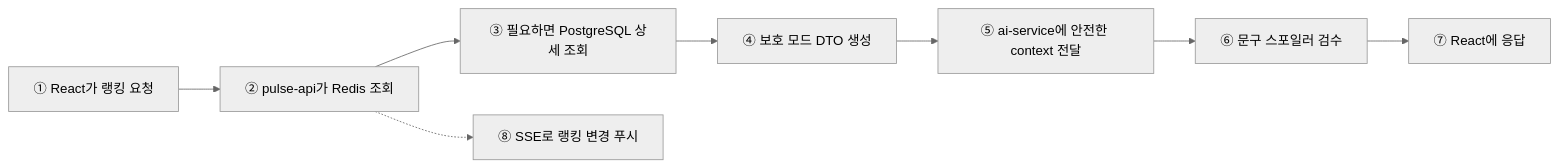
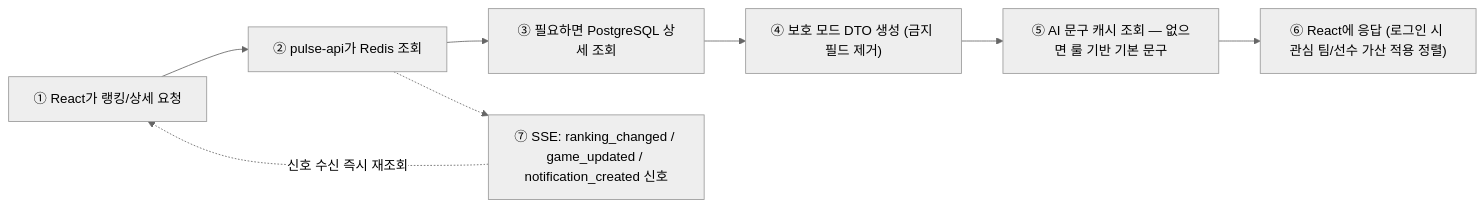
One commit to team-pulse-mlb/pulse-project changed the fifth of 5 diagrams in docs/ARCHITECTURE_AND_DATA_FLOW.md. Above: the diagram before and after it, drawn with Mermaid (neutral theme). The commit also changed other lines of this file and 11 other files, not shown here.

````diff
--- a/docs/ARCHITECTURE_AND_DATA_FLOW.md
+++ b/docs/ARCHITECTURE_AND_DATA_FLOW.md
@@ -151,10 +191,10 @@
 ```mermaid
 flowchart LR
-    A["① React가 랭킹 요청"] --> B["② pulse-api가 Redis 조회"]
+    A["① React가 랭킹/상세 요청"] --> B["② pulse-api가 Redis 조회"]
     B --> C["③ 필요하면 PostgreSQL 상세 조회"]
-    C --> D["④ 보호 모드 DTO 생성"]
-    D --> E["⑤ ai-service에 안전한 context 전달"]
-    E --> F["⑥ 문구 스포일러 검수"]
-    F --> G["⑦ React에 응답"]
-    B -.-> H["⑧ SSE로 랭킹 변경 푸시"]
+    C --> D["④ 보호 모드 DTO 생성 (금지 필드 제거)"]
+    D --> E["⑤ AI 문구 캐시 조회 — 없으면 룰 기반 기본 문구"]
+    E --> F["⑥ React에 응답 (로그인 시 관심 팀/선수 가산 적용 정렬)"]
+    B -.-> G["⑦ SSE: ranking_changed / game_updated / notification_created 신호"]
+    G -.->|"신호 수신 즉시 재조회"| A
 ```
````
